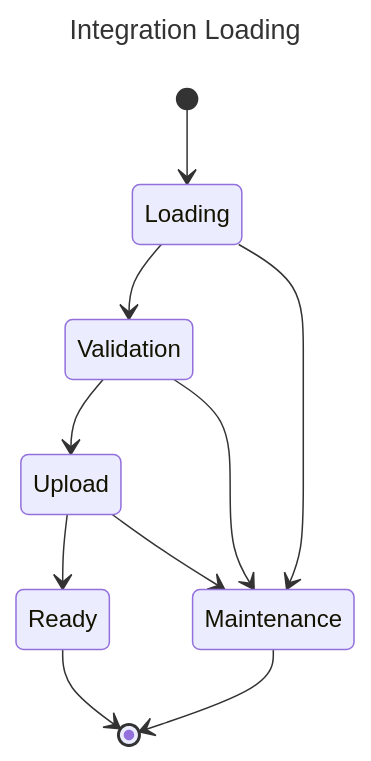
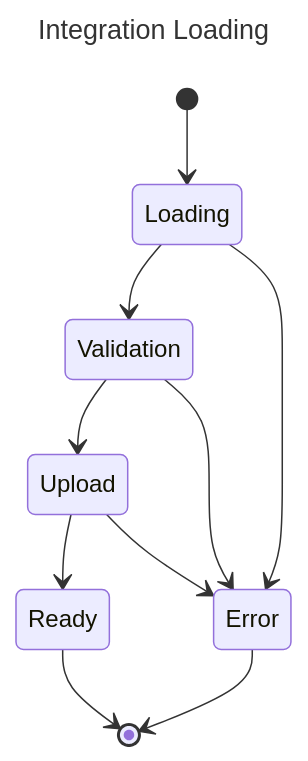
The second of 2 diagrams in docs/Integration-plugin-tasks.md (opensearch-project/observability), drawn with Mermaid before and after one commit. The commit also changed other lines of this file, not shown here.

````diff
--- a/docs/Integration-plugin-tasks.md
+++ b/docs/Integration-plugin-tasks.md
@@ -158,15 +230,15 @@
 ```mermaid
 ---
 title: Integration Loading
 ---
 stateDiagram-v2
     [*] --> Loading
     Loading --> Validation
-    Loading --> Maintenance
+    Loading --> Error
     Validation --> Upload
-    Validation --> Maintenance
+    Validation --> Error
     Upload --> Ready
-    Upload --> Maintenance
+    Upload --> Error
     Ready --> [*]
-    Maintenance --> [*]
+    Error --> [*]
 ```
````
